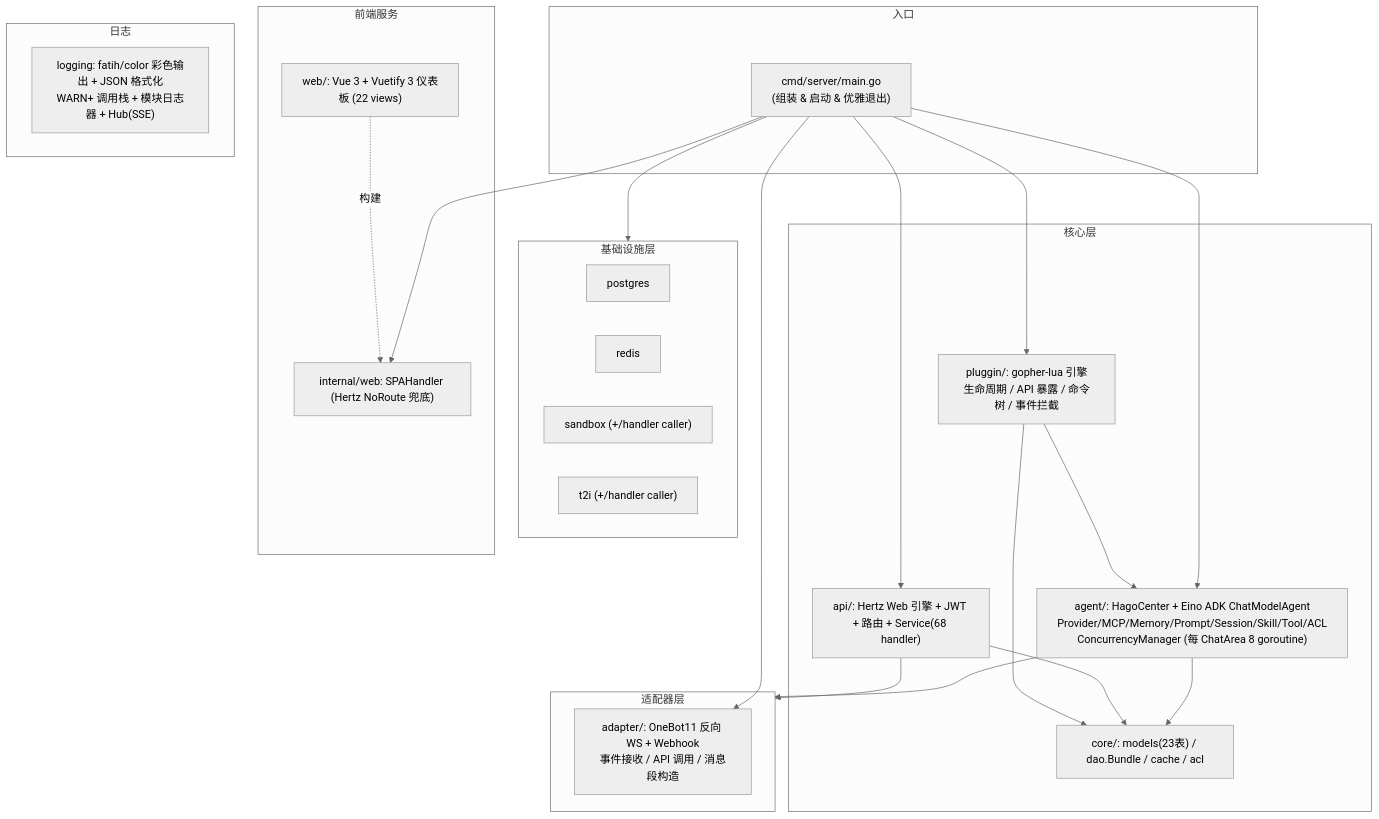
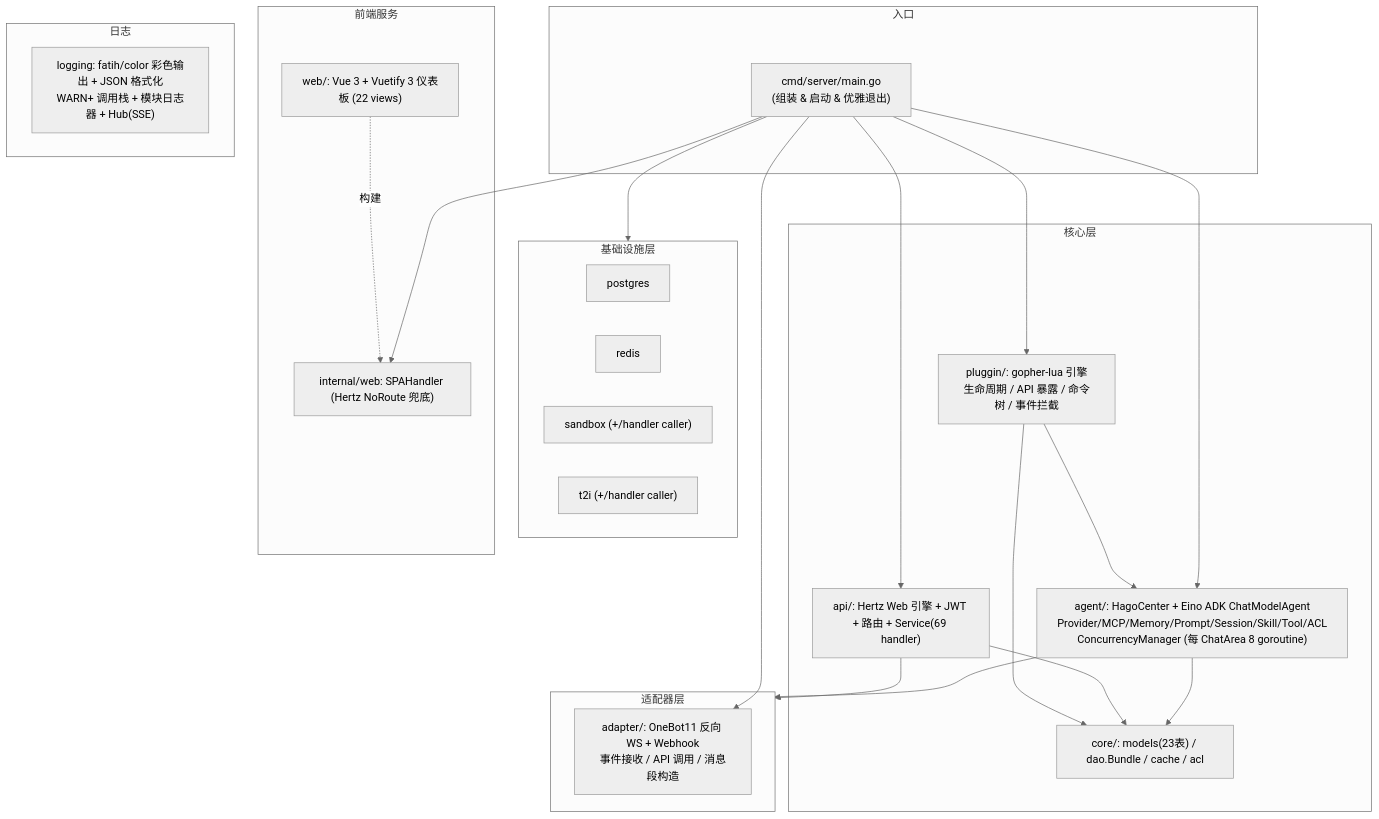
The first of 14 diagrams in docs/project-details.md (JuanNiangDev/JuanNiang-Neo), drawn with Mermaid (neutral theme) before and after one commit. The commit also changed other lines of this file and 10 other files, not shown here.

````diff
--- a/docs/project-details.md
+++ b/docs/project-details.md
@@ -13,42 +13,42 @@
 ```mermaid
 flowchart TB
   subgraph Entry["入口"]
     Main["cmd/server/main.go<br/>(组装 & 启动 & 优雅退出)"]
   end
   subgraph Adapter["适配器层"]
     OB["adapter/: OneBot11 反向 WS + Webhook<br/>事件接收 / API 调用 / 消息段构造"]
   end
   subgraph Core["核心层"]
-    API["api/: Hertz Web 引擎 + JWT + 路由 + Service(68 handler)"]
+    API["api/: Hertz Web 引擎 + JWT + 路由 + Service(69 handler)"]
     Plugin["pluggin/: gopher-lua 引擎<br/>生命周期 / API 暴露 / 命令树 / 事件拦截"]
     Agent["agent/: HagoCenter + Eino ADK ChatModelAgent<br/>Provider/MCP/Memory/Prompt/Session/Skill/Tool/ACL<br/>ConcurrencyManager (每 ChatArea 8 goroutine)"]
     CoreLib["core/: models(23表) / dao.Bundle / cache / acl"]
   end
   subgraph Infra["基础设施层"]
     PG["postgres"]
     Red["redis"]
     SB["sandbox (+/handler caller)"]
     T2I["t2i (+/handler caller)"]
   end
   subgraph Web["前端服务"]
     SPA["internal/web: SPAHandler (Hertz NoRoute 兜底)"]
     FE["web/: Vue 3 + Vuetify 3 仪表板 (22 views)"]
   end
   subgraph Logging["日志"]
     LogHub["logging: fatih/color 彩色输出 + JSON 格式化<br/>WARN+ 调用栈 + 模块日志器 + Hub(SSE)"]
   end
 
   Main --> OB
   Main --> Agent
   Main --> API
   Main --> Plugin
   Main --> SPA
   Main --> Infra
   Agent --> CoreLib
   API --> CoreLib
   Plugin --> CoreLib
   Plugin --> Agent
   Agent --> Adapter
   API --> Adapter
   FE -.构建.-> SPA
 ```
````
